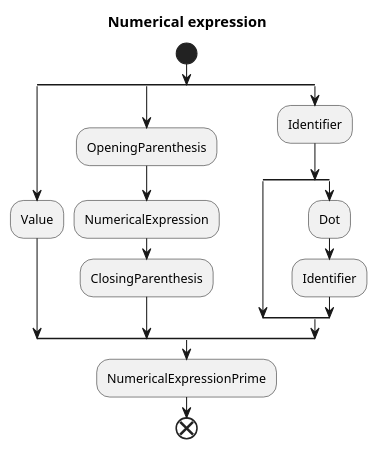
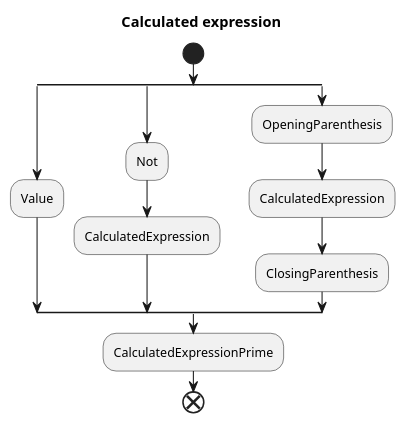
Before and after one commit to lichterberci/rust_learning: diagram 13 of 14 in dbms/query_lang_compiler_notes.md, drawn with PlantUML. The commit also changed other lines of this file and 3 other files, not shown here.

Commit message:
updated identifier code and added docs for calculated expressions

````diff
--- a/dbms/query_lang_compiler_notes.md
+++ b/dbms/query_lang_compiler_notes.md
@@ -296,20 +335,16 @@
 ```plantuml
-title Numerical expression
+title Calculated expression
 start
 split
 :Value;
 split again
+:Not;
+:CalculatedExpression;
+split again
 :OpeningParenthesis;
-:NumericalExpression;
+:CalculatedExpression;
 :ClosingParenthesis;
-split again
-:Identifier;
-split
-split again
-:Dot;
-:Identifier;
 end split
-end split
-:NumericalExpressionPrime;
+:CalculatedExpressionPrime;
 end
 ```
````
